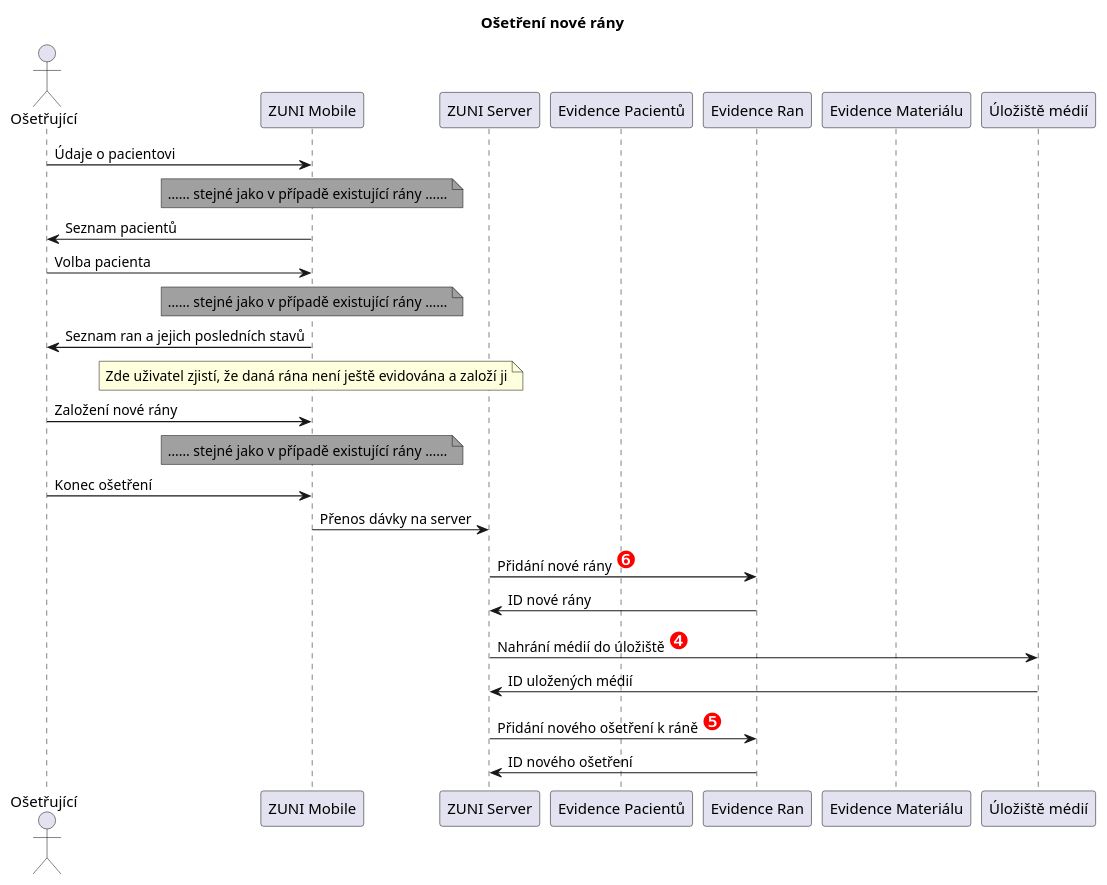
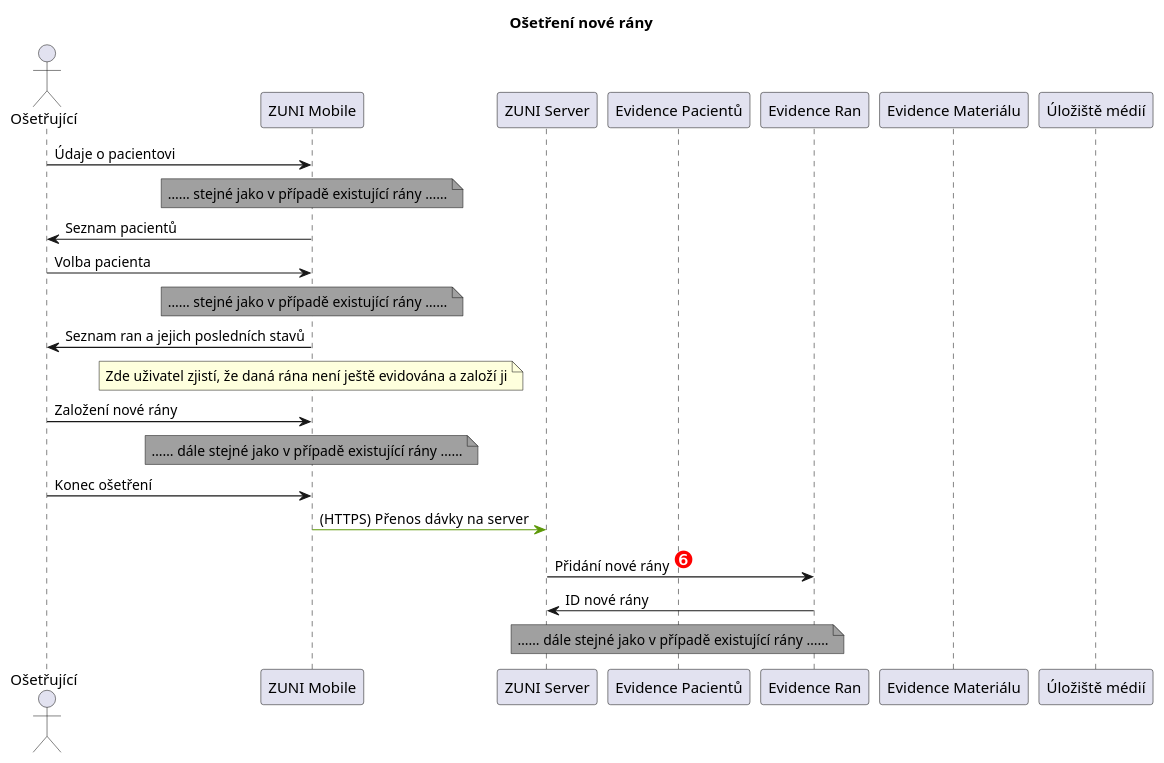
Before and after one commit to bindworks/bw-zuni-docs: the diagram in integration/integration-sequence-new-wound.plantuml, drawn with PlantUML.

Commit message:
Update integration sequence for new wound process

```diff
--- a/integration/integration-sequence-new-wound.plantuml
+++ b/integration/integration-sequence-new-wound.plantuml
@@ -1,43 +1,42 @@
 @startuml
 
 title "Ošetření nové rány"
 
 actor SES as "Ošetřující"
 participant MOB as "ZUNI Mobile"
 participant SER as "ZUNI Server"
 participant PAC as "Evidence Pacientů"
 participant RAN as "Evidence Ran"
 participant MAT as "Evidence Materiálu"
 participant MED as "Úložiště médií"
 
 SES -> MOB: Údaje o pacientovi
 note over MOB #a0a0a0
 …… stejné jako v případě existující rány ……
 end note
 SES <- MOB: Seznam pacientů
 
 SES -> MOB: Volba pacienta
 note over MOB #a0a0a0
 …… stejné jako v případě existující rány ……
 end note
 SES <- MOB: Seznam ran a jejich posledních stavů
 
 note over MOB
 Zde uživatel zjistí, že daná rána není ještě evidována a založí ji
 end note
 
 SES -> MOB: Založení nové rány
 note over MOB #a0a0a0
-…… stejné jako v případě existující rány ……
+…… dále stejné jako v případě existující rány ……
 end note
 
 SES -> MOB: Konec ošetření
-MOB -> SER: Přenos dávky na server
+MOB -[#5c9807]> SER: (HTTPS)  Přenos dávky na server
 SER -> RAN: Přidání nové rány <font color="red"><size:22>❻
 SER <- RAN: ID nové rány
-SER -> MED: Nahrání médií do úložiště <font color="red"><size:22>❹
-MED -> SER: ID uložených médií
-SER -> RAN: Přidání nového ošetření k ráně <font color="red"><size:22>❺
-SER <- RAN: ID nového ošetření
+note over PAC #a0a0a0
+…… dále stejné jako v případě existující rány ……
+end note
 
 @enduml
```
